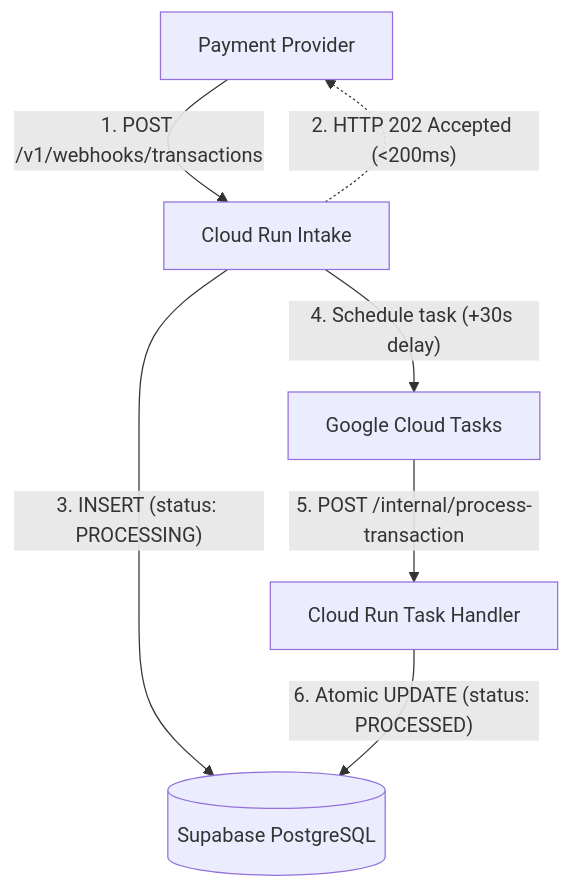
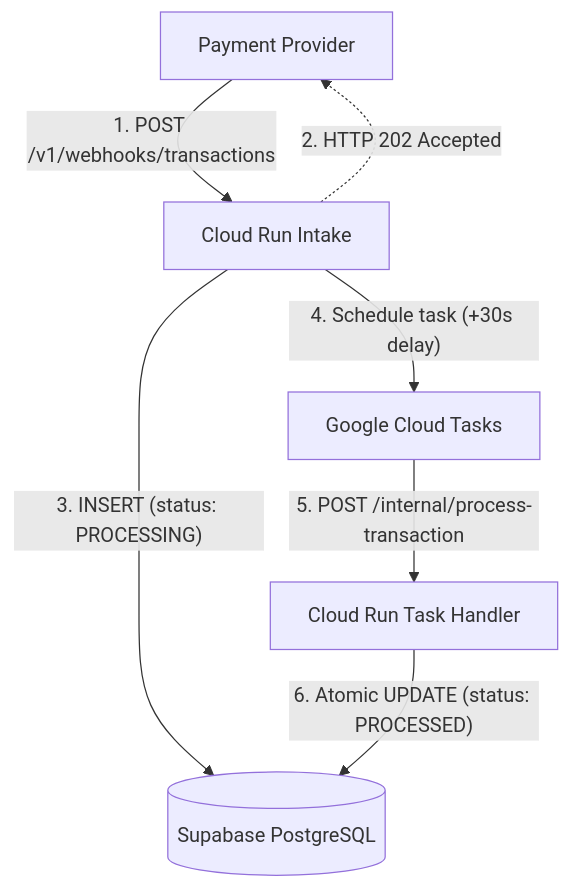
The diagram in README.md (sohanagashimani/wh-service), drawn with Mermaid before and after one commit. The commit also changed other lines of this file, not shown here.

Commit message:
docs: add technical choices and update diagram labels

````diff
--- a/README.md
+++ b/README.md
@@ -9,11 +9,11 @@
 ```mermaid
 flowchart TD
     Client["Payment Provider"] -->|"1. POST /v1/webhooks/transactions"| Webhook["Cloud Run Intake"]
-    Webhook -.->|"2. HTTP 202 Accepted (<200ms)"| Client
+    Webhook -.->|"2. HTTP 202 Accepted"| Client
     
     Webhook -->|"3. INSERT (status: PROCESSING)"| DB[("Supabase PostgreSQL")]
     Webhook -->|"4. Schedule task (+30s delay)"| Tasks["Google Cloud Tasks"]
 
     Tasks -->|"5. POST /internal/process-transaction"| Handler["Cloud Run Task Handler"]
     Handler -->|"6. Atomic UPDATE (status: PROCESSED)"| DB
 ```
````
